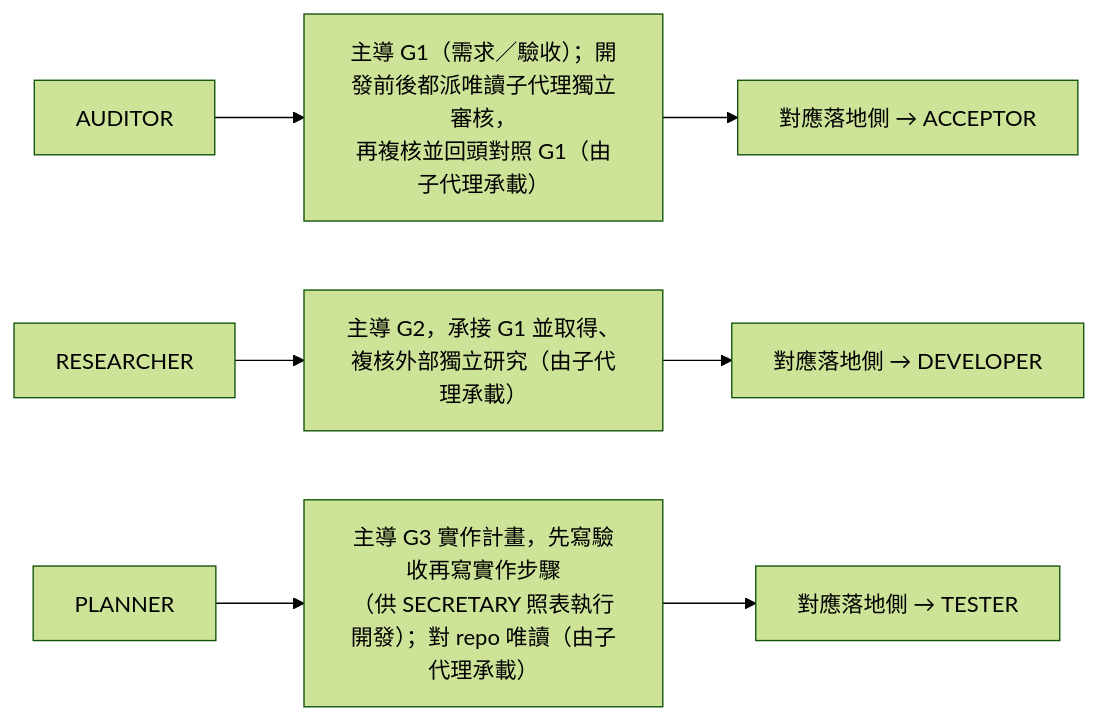
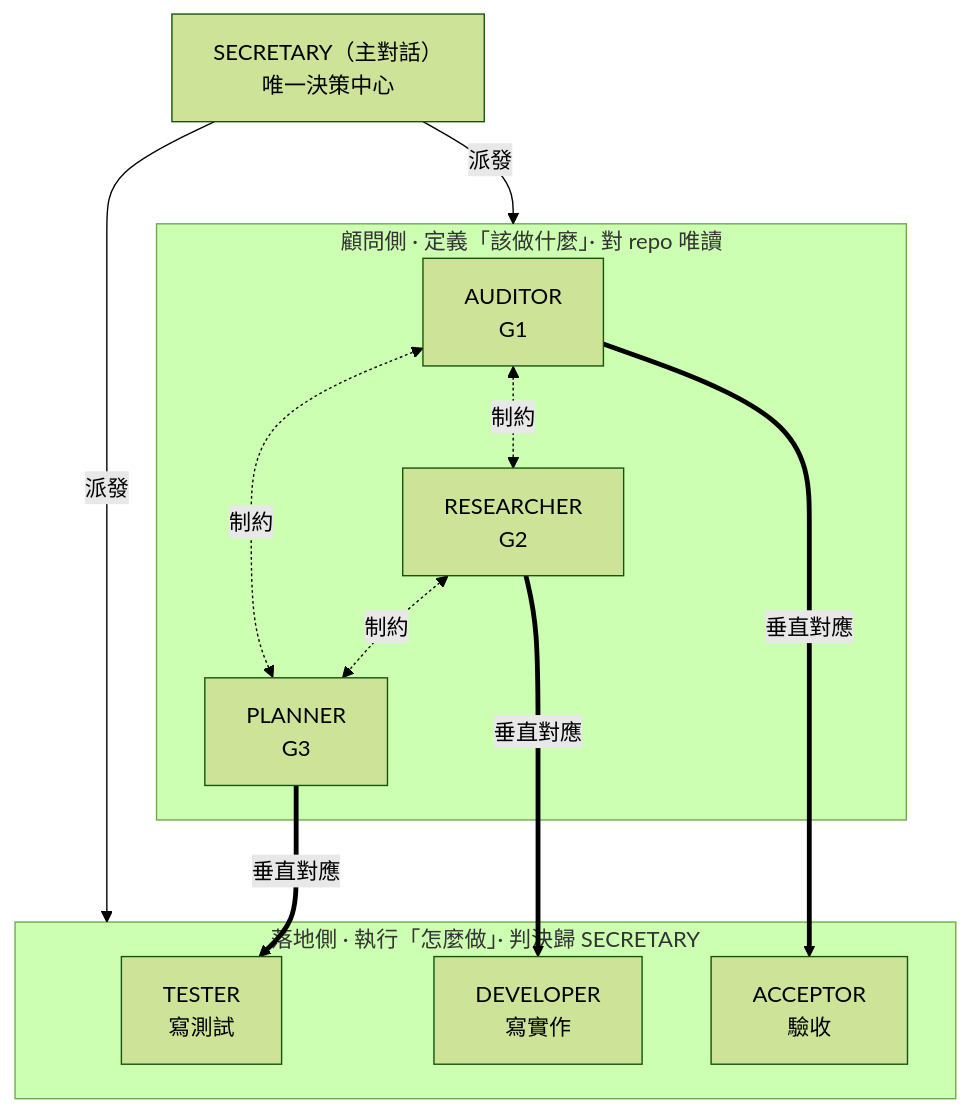
One commit to teps3105/shiftblame changed the second of 2 diagrams in README.md. Above: the diagram before and after it, drawn with Mermaid (forest theme). The commit also changed other lines of this file and 12 other files, not shown here.

Commit message:
fix: 消除流水帳圖、範本改架構圖加文字內容

````diff
--- a/README.md
+++ b/README.md
@@ -96,9 +86,18 @@
 ```mermaid
-flowchart LR
-    AUD["AUDITOR"] --> AUDW["主導 G1（需求／驗收）；開發前後都派唯讀子代理獨立審核，<br/>再複核並回頭對照 G1（由子代理承載）"]
-    AUDW --> AUDB["對應落地側 → ACCEPTOR"]
-    RES["RESEARCHER"] --> RESW["主導 G2，承接 G1 並取得、複核外部獨立研究（由子代理承載）"]
-    RESW --> RESB["對應落地側 → DEVELOPER"]
-    PLA["PLANNER"] --> PLAW["主導 G3 實作計畫，先寫驗收再寫實作步驟<br/>（供 SECRETARY 照表執行開發）；對 repo 唯讀（由子代理承載）"]
-    PLAW --> PLAB["對應落地側 → TESTER"]
+flowchart TB
+    SEC["SECRETARY（主對話）<br/>唯一決策中心"]
+    subgraph Top["顧問側 · 定義「該做什麼」· 對 repo 唯讀"]
+        AUD["AUDITOR<br/>G1"] <-.制約.-> RES["RESEARCHER<br/>G2"]
+        RES <-.制約.-> PLA["PLANNER<br/>G3"]
+        PLA <-.制約.-> AUD
+    end
+    subgraph Bottom["落地側 · 執行「怎麼做」· 判決歸 SECRETARY"]
+        TST["TESTER<br/>寫測試"]
+        DEV["DEVELOPER<br/>寫實作"]
+        ACC["ACCEPTOR<br/>驗收"]
+    end
+    SEC -- 派發 --> Top & Bottom
+    AUD == 垂直對應 ==> ACC
+    RES == 垂直對應 ==> DEV
+    PLA == 垂直對應 ==> TST
 ```
````
